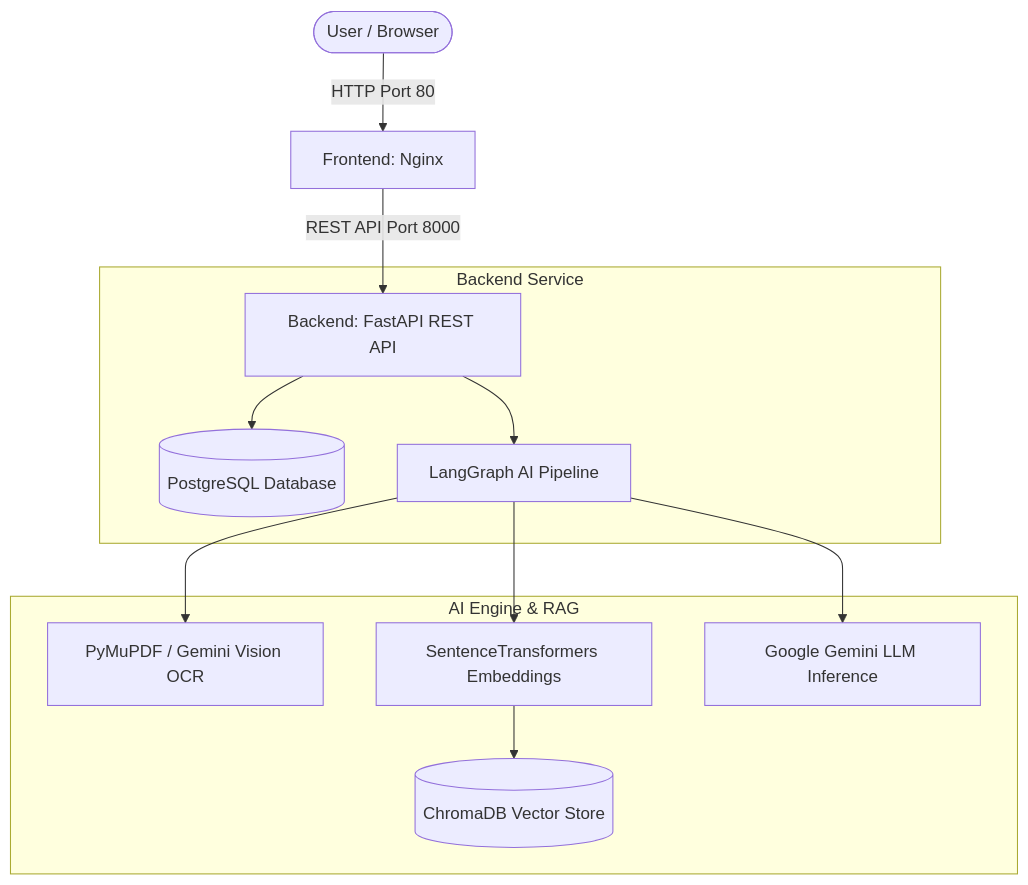
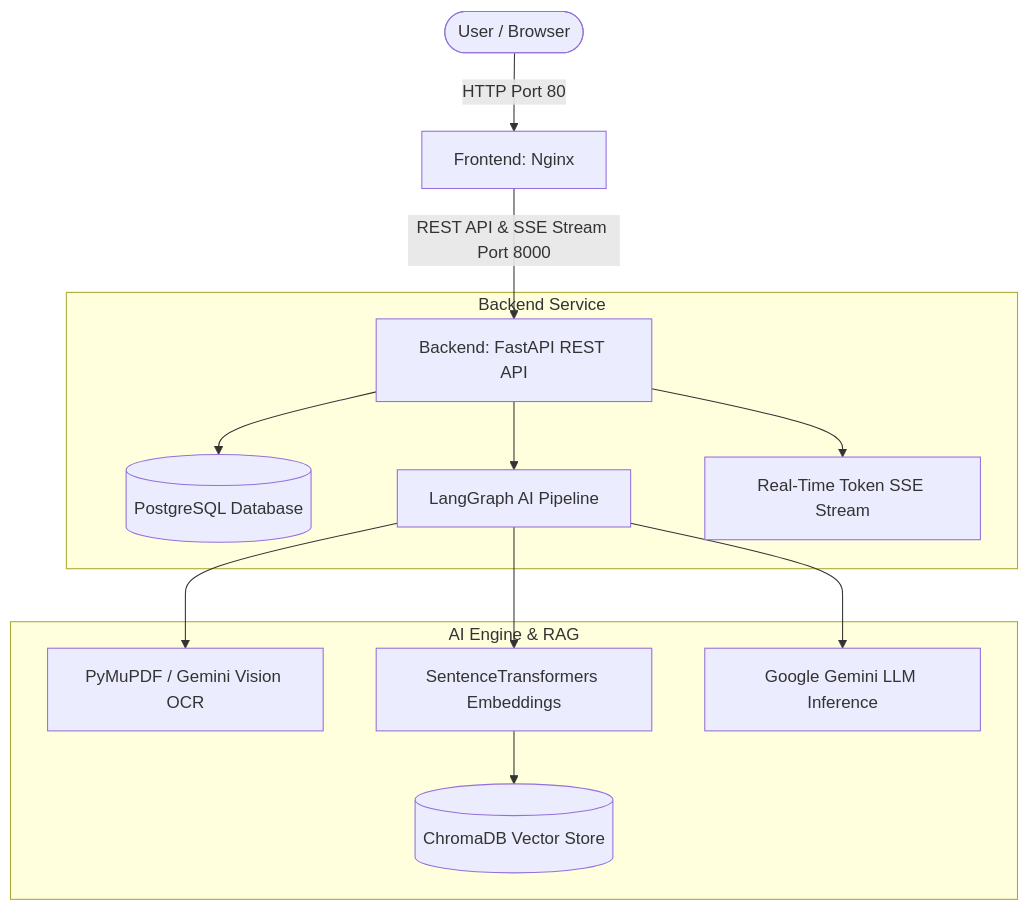
Before and after one commit to parth123965-wq/AI-Contract-Reviewer: the diagram in README.md, drawn with Mermaid. The commit also changed other lines of this file and 2 other files, not shown here.

````diff
--- a/README.md
+++ b/README.md
@@ -38,17 +41,18 @@
 ```mermaid
 graph TD
     User([User / Browser]) -->|HTTP Port 80| Frontend[Frontend: Nginx]
-    Frontend -->|REST API Port 8000| Backend[Backend: FastAPI REST API]
+    Frontend -->|REST API & SSE Stream Port 8000| Backend[Backend: FastAPI REST API]
     
     subgraph Backend Service
         Backend --> DB[(PostgreSQL Database)]
         Backend --> LangGraph[LangGraph AI Pipeline]
+        Backend --> SSE[Real-Time Token SSE Stream]
     end
     
     subgraph AI Engine & RAG
         LangGraph --> Extractor[PyMuPDF / Gemini Vision OCR]
         LangGraph --> Embeddings[SentenceTransformers Embeddings]
         Embeddings --> Chroma[(ChromaDB Vector Store)]
         LangGraph --> Gemini[Google Gemini LLM Inference]
     end
 ```
````
